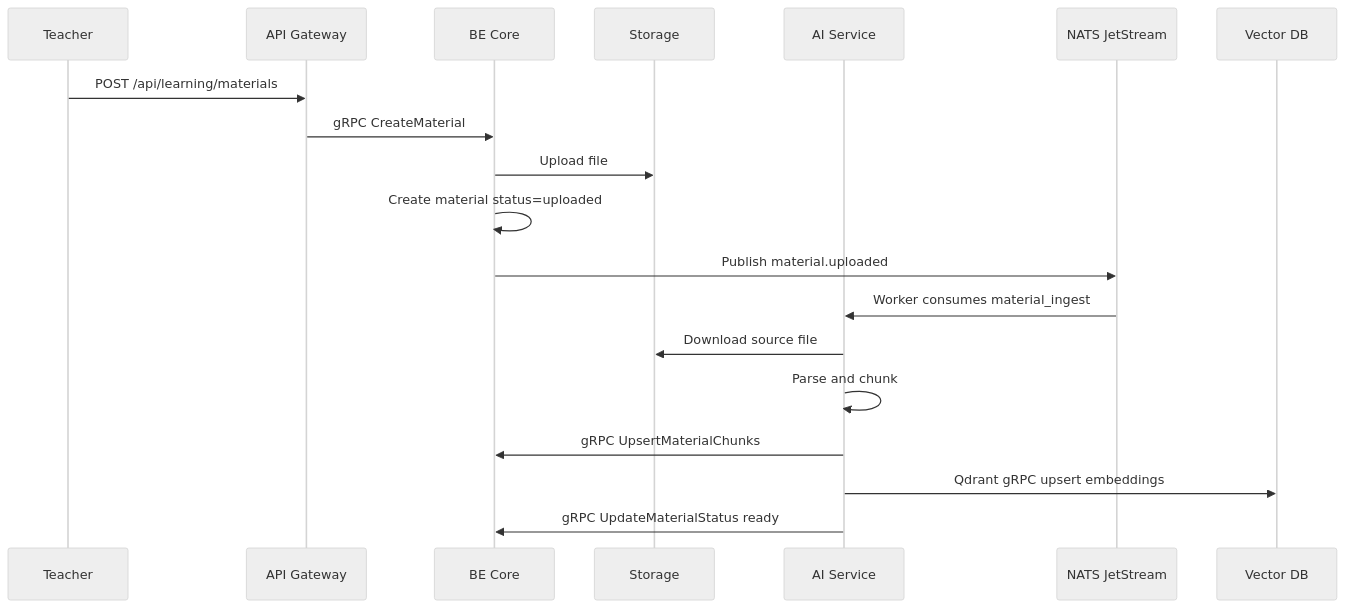
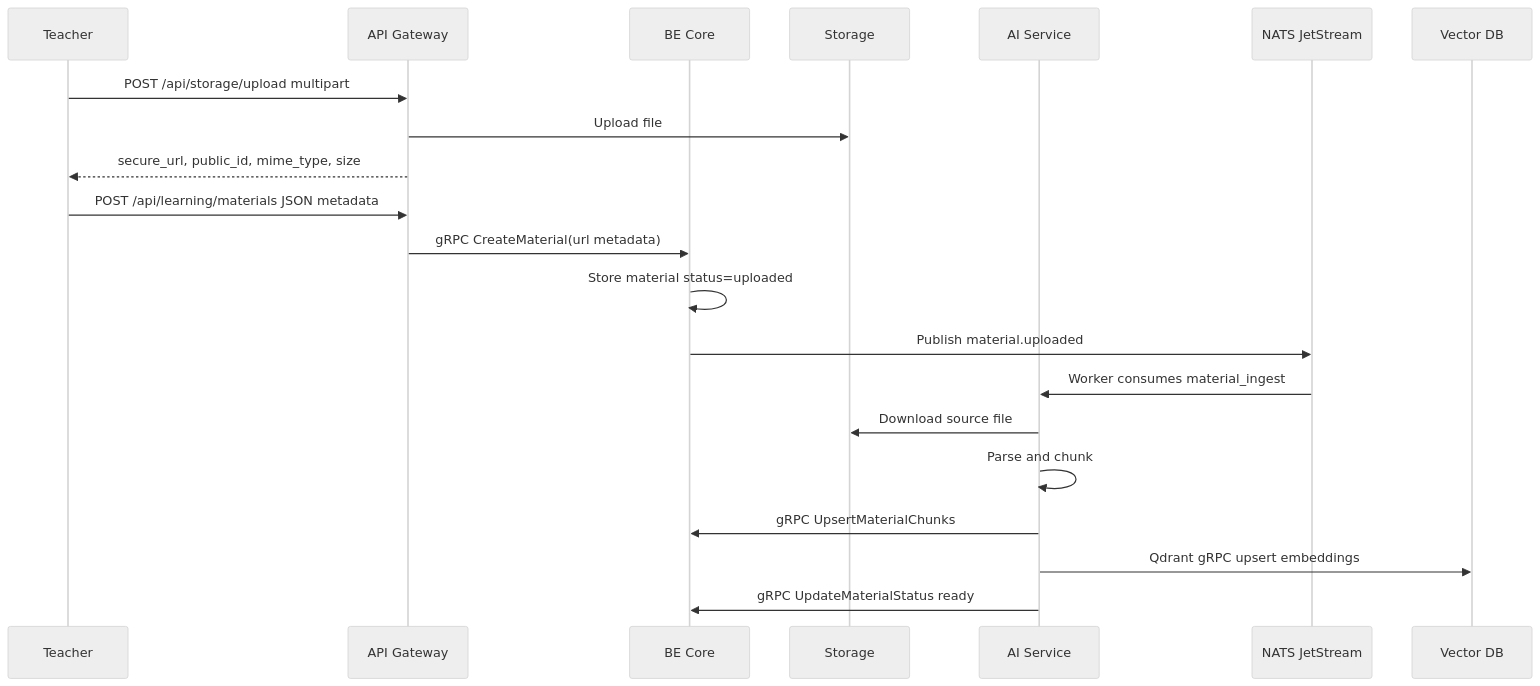
The fourth of 5 diagrams in docs/system-architechture.md (Tanh1603/EdTech), drawn with Mermaid (neutral theme) before and after one commit. The commit also changed other lines of this file and 54 other files, not shown here.

First line of the commit message:
Implement Assessments, Chat, Learning, and Storage Modules in API Gateway

````diff
--- a/docs/system-architechture.md
+++ b/docs/system-architechture.md
@@ -1061,22 +1061,24 @@
 ```mermaid
 sequenceDiagram
   participant T as Teacher
   participant G as API Gateway
   participant B as BE Core
   participant S as Storage
   participant A as AI Service
   participant N as NATS JetStream
   participant V as Vector DB
 
-  T->>G: POST /api/learning/materials
-  G->>B: gRPC CreateMaterial
-  B->>S: Upload file
-  B->>B: Create material status=uploaded
+  T->>G: POST /api/storage/upload multipart
+  G->>S: Upload file
+  G-->>T: secure_url, public_id, mime_type, size
+  T->>G: POST /api/learning/materials JSON metadata
+  G->>B: gRPC CreateMaterial(url metadata)
+  B->>B: Store material status=uploaded
   B->>N: Publish material.uploaded
   N->>A: Worker consumes material_ingest
   A->>S: Download source file
   A->>A: Parse and chunk
   A->>B: gRPC UpsertMaterialChunks
   A->>V: Qdrant gRPC upsert embeddings
   A->>B: gRPC UpdateMaterialStatus ready
 ```
````
